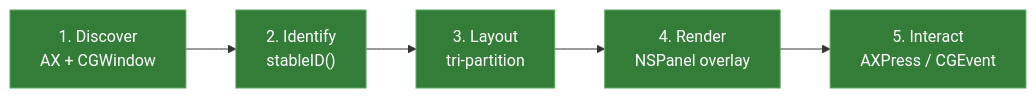
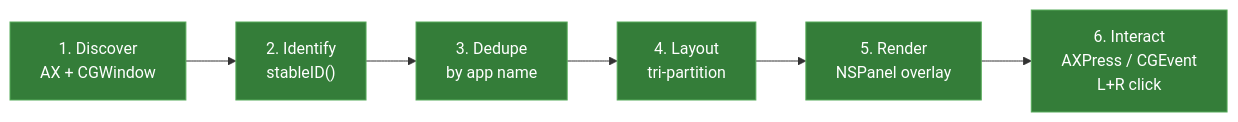
The third of 3 diagrams in docs/ARCHITECTURE.md (occcat/fuck-the-menu-bar), drawn with Mermaid before and after one commit. The commit also changed other lines of this file and 28 other files, not shown here.

````diff
--- a/docs/ARCHITECTURE.md
+++ b/docs/ARCHITECTURE.md
@@ -155,13 +157,15 @@
 ```mermaid
 flowchart LR
     A["1. Discover<br/>AX + CGWindow"] --> B["2. Identify<br/>stableID()"]
-    B --> C["3. Layout<br/>tri-partition"]
-    C --> D["4. Render<br/>NSPanel overlay"]
-    D --> E["5. Interact<br/>AXPress / CGEvent"]
+    B --> C["3. Dedupe<br/>by app name"]
+    C --> D["4. Layout<br/>tri-partition"]
+    D --> E["5. Render<br/>NSPanel overlay"]
+    E --> F["6. Interact<br/>AXPress / CGEvent<br/>L+R click"]
 
     style A fill:#347d39,stroke:#57ab5a,color:#fff
     style B fill:#347d39,stroke:#57ab5a,color:#fff
     style C fill:#347d39,stroke:#57ab5a,color:#fff
     style D fill:#347d39,stroke:#57ab5a,color:#fff
     style E fill:#347d39,stroke:#57ab5a,color:#fff
+    style F fill:#347d39,stroke:#57ab5a,color:#fff
 ```
````
